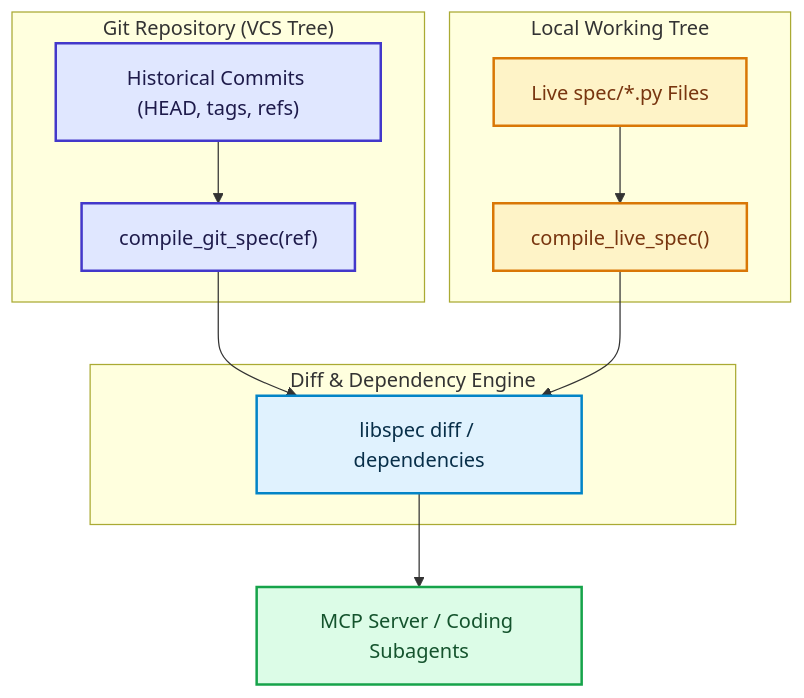
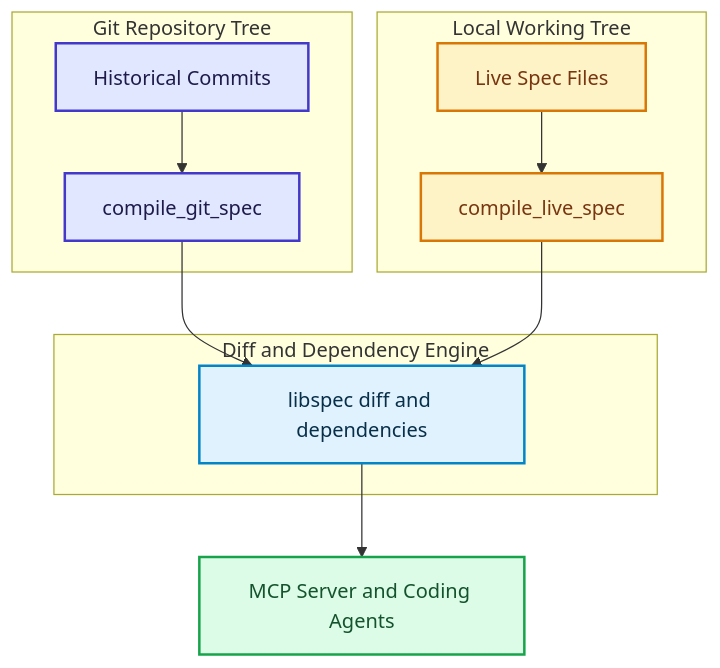
The diagram in docs/explanation/architecture.md (drhodes/libspec), drawn with Mermaid before and after one commit. The commit also changed other lines of this file and 6 other files, not shown here.

Commit message:
fix(docs): resolve mermaid 11 syntax errors across documentation diagrams

````diff
--- a/docs/explanation/architecture.md
+++ b/docs/explanation/architecture.md
@@ -21,27 +21,27 @@
 ```mermaid
 flowchart TD
     classDef git fill:#e0e7ff,stroke:#4338ca,stroke-width:2px,color:#1e1b4b;
     classDef live fill:#fef3c7,stroke:#d97706,stroke-width:2px,color:#78350f;
     classDef diff fill:#e0f2fe,stroke:#0284c7,stroke-width:2px,color:#082f49;
     classDef agent fill:#dcfce7,stroke:#16a34a,stroke-width:2px,color:#14532d;
 
-    subgraph GitTree ["Git Repository (VCS Tree)"]
-        GitCommit["Historical Commits (HEAD, tags, refs)"]:::git
-        GitSpec["compile_git_spec(ref)"]:::git
+    subgraph GitTree ["Git Repository Tree"]
+        GitCommit["Historical Commits"]:::git
+        GitSpec["compile_git_spec"]:::git
         GitCommit --> GitSpec
     end
 
     subgraph Workspace ["Local Working Tree"]
-        LiveFiles["Live spec/*.py Files"]:::live
-        LiveCompiler["compile_live_spec()"]:::live
+        LiveFiles["Live Spec Files"]:::live
+        LiveCompiler["compile_live_spec"]:::live
         LiveFiles --> LiveCompiler
     end
 
-    subgraph Engine ["Diff & Dependency Engine"]
-        DiffEngine["libspec diff / dependencies"]:::diff
+    subgraph Engine ["Diff and Dependency Engine"]
+        DiffEngine["libspec diff and dependencies"]:::diff
         GitSpec --> DiffEngine
         LiveCompiler --> DiffEngine
     end
 
-    DiffEngine --> AgentContext["MCP Server / Coding Subagents"]:::agent
+    DiffEngine --> AgentContext["MCP Server and Coding Agents"]:::agent
 ```
````
